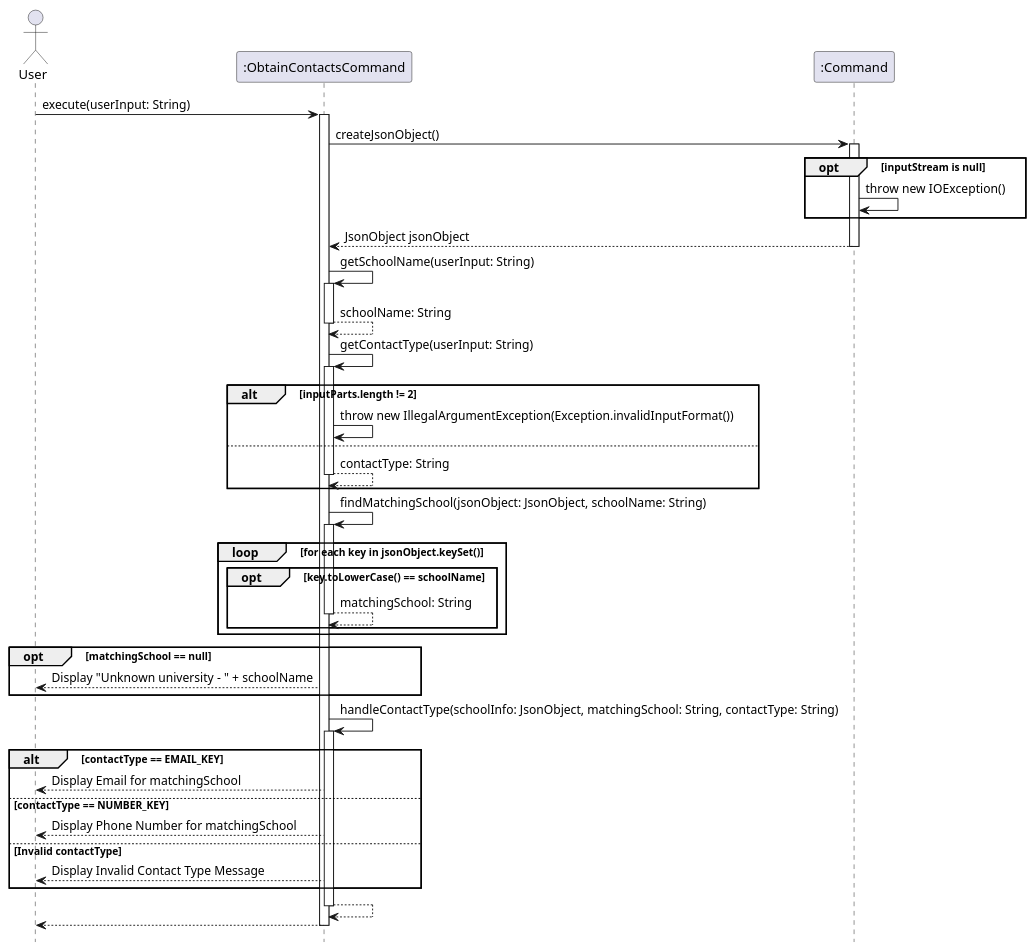
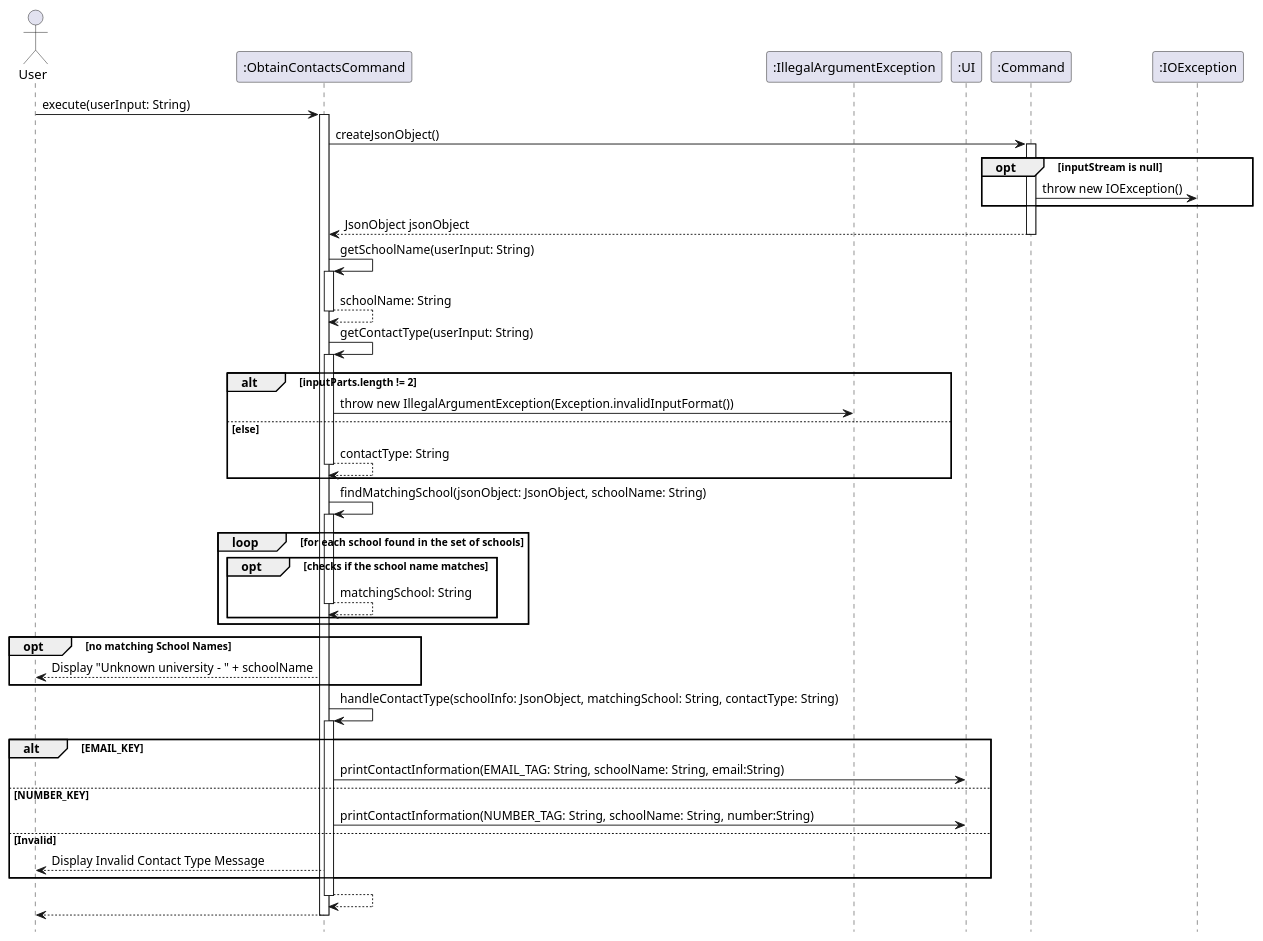
Before and after one commit to nus-cs2113-AY2425S1/tp: the diagram in docs/diagrams/ObtainContactsCommand.puml, drawn with PlantUML. The commit also changed 6 other files, not shown here.

```diff
--- a/docs/diagrams/ObtainContactsCommand.puml
+++ b/docs/diagrams/ObtainContactsCommand.puml
@@ -1,66 +1,69 @@
 @startuml
 hide footbox
 
 actor User
 participant ":ObtainContactsCommand" as ObtainContactsCommand
+participant ":IllegalArgumentException" as IllegalArgumentException
+participant ":UI" as UI
 participant ":Command" as Command
+participant ":IOException" as IOException
 
 User -> ObtainContactsCommand: execute(userInput: String)
 activate ObtainContactsCommand
 
 ObtainContactsCommand -> Command: createJsonObject()
 activate Command
 
 opt inputStream is null
-    Command -> Command: throw new IOException()
+    Command -> IOException: throw new IOException()
 end
 
 Command --> ObtainContactsCommand: JsonObject jsonObject
 deactivate Command
 
 ObtainContactsCommand -> ObtainContactsCommand: getSchoolName(userInput: String)
 activate ObtainContactsCommand
 return schoolName: String
 
 ObtainContactsCommand -> ObtainContactsCommand: getContactType(userInput: String)
 activate ObtainContactsCommand
 
 alt inputParts.length != 2
-    ObtainContactsCommand -> ObtainContactsCommand: throw new IllegalArgumentException(Exception.invalidInputFormat())
-else
+    ObtainContactsCommand -> IllegalArgumentException: throw new IllegalArgumentException(Exception.invalidInputFormat())
+else else
     return contactType: String
 end
 
 ObtainContactsCommand -> ObtainContactsCommand: findMatchingSchool(jsonObject: JsonObject, schoolName: String)
 activate ObtainContactsCommand
 
-loop for each key in jsonObject.keySet()
-    opt key.toLowerCase() == schoolName
+loop for  each school found in the set of schools
+    opt checks if the school name matches
         return matchingSchool: String
     end
 end
 
-opt matchingSchool == null
+opt no matching School Names
     ObtainContactsCommand --> User: Display "Unknown university - " + schoolName
 end
 
 ObtainContactsCommand -> ObtainContactsCommand: handleContactType(schoolInfo: JsonObject, matchingSchool: String, contactType: String)
 activate ObtainContactsCommand
 
-alt contactType == EMAIL_KEY
-    ObtainContactsCommand --> User: Display Email for matchingSchool
-else contactType == NUMBER_KEY
-    ObtainContactsCommand --> User: Display Phone Number for matchingSchool
-else Invalid contactType
+alt EMAIL_KEY
+    ObtainContactsCommand -> UI: printContactInformation(EMAIL_TAG: String, schoolName: String, email:String)
+else NUMBER_KEY
+    ObtainContactsCommand -> UI: printContactInformation(NUMBER_TAG: String, schoolName: String, number:String)
+else Invalid
     ObtainContactsCommand --> User: Display Invalid Contact Type Message
 end
 
 
 ObtainContactsCommand --> ObtainContactsCommand
 deactivate ObtainContactsCommand
 
 ObtainContactsCommand --> User
 
 deactivate ObtainContactsCommand
 
 @enduml
```
